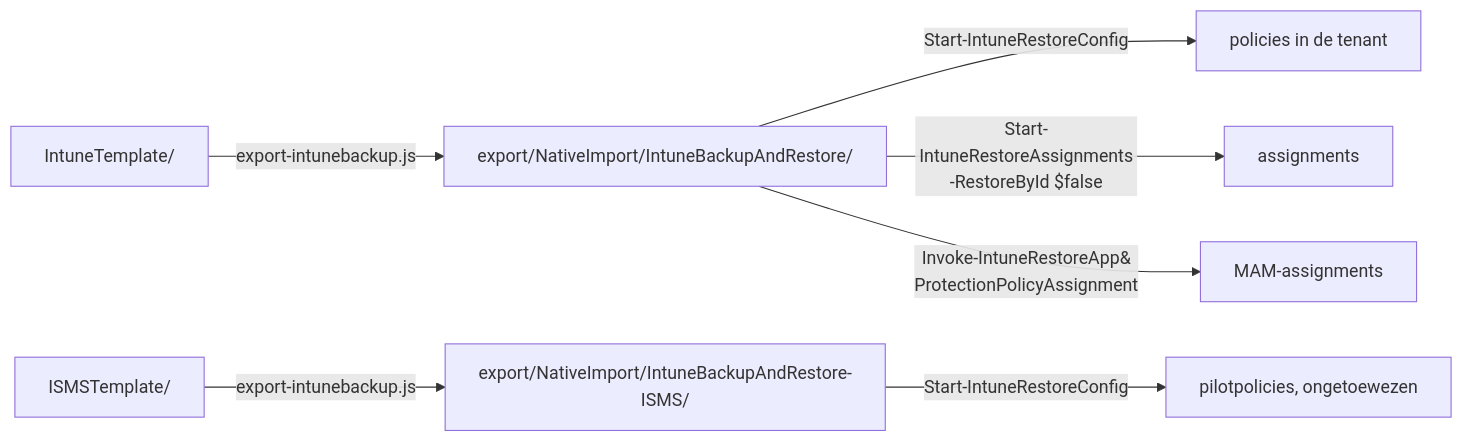
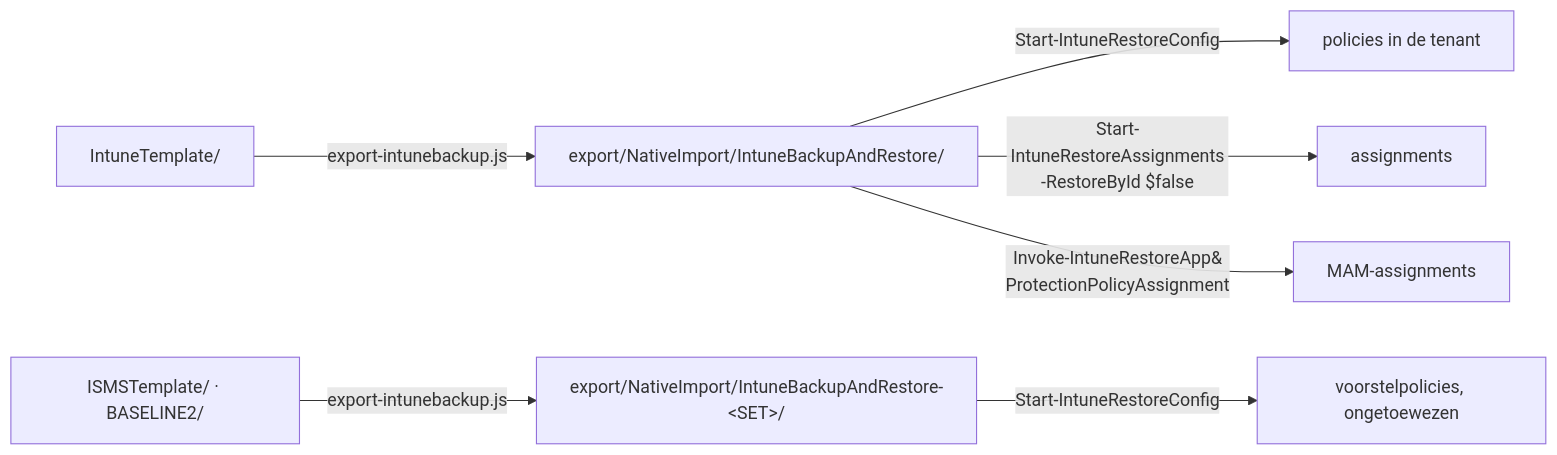
The diagram in export/README.md (sjkanon/IntuneBackup), drawn with Mermaid before and after one commit. The commit also changed other lines of this file and 24 other files, not shown here.

````diff
--- a/export/README.md
+++ b/export/README.md
@@ -40,9 +46,9 @@
 ```mermaid
 flowchart LR
   T["IntuneTemplate/"] -->|export-intunebackup.js| E["export/NativeImport/IntuneBackupAndRestore/"]
-  I["ISMSTemplate/"] -->|export-intunebackup.js| EI["export/NativeImport/IntuneBackupAndRestore-ISMS/"]
-  EI -->|Start-IntuneRestoreConfig| PI["pilotpolicies, ongetoewezen"]
+  I["ISMSTemplate/ · BASELINE2/"] -->|export-intunebackup.js| EI["export/NativeImport/IntuneBackupAndRestore-&lt;SET&gt;/"]
+  EI -->|Start-IntuneRestoreConfig| PI["voorstelpolicies, ongetoewezen"]
   E -->|Start-IntuneRestoreConfig| P["policies in de tenant"]
   E -->|Start-IntuneRestoreAssignments<br/>-RestoreById $false| A["assignments"]
   E -->|Invoke-IntuneRestoreApp&#8203;ProtectionPolicyAssignment| M["MAM-assignments"]
 ```
````
